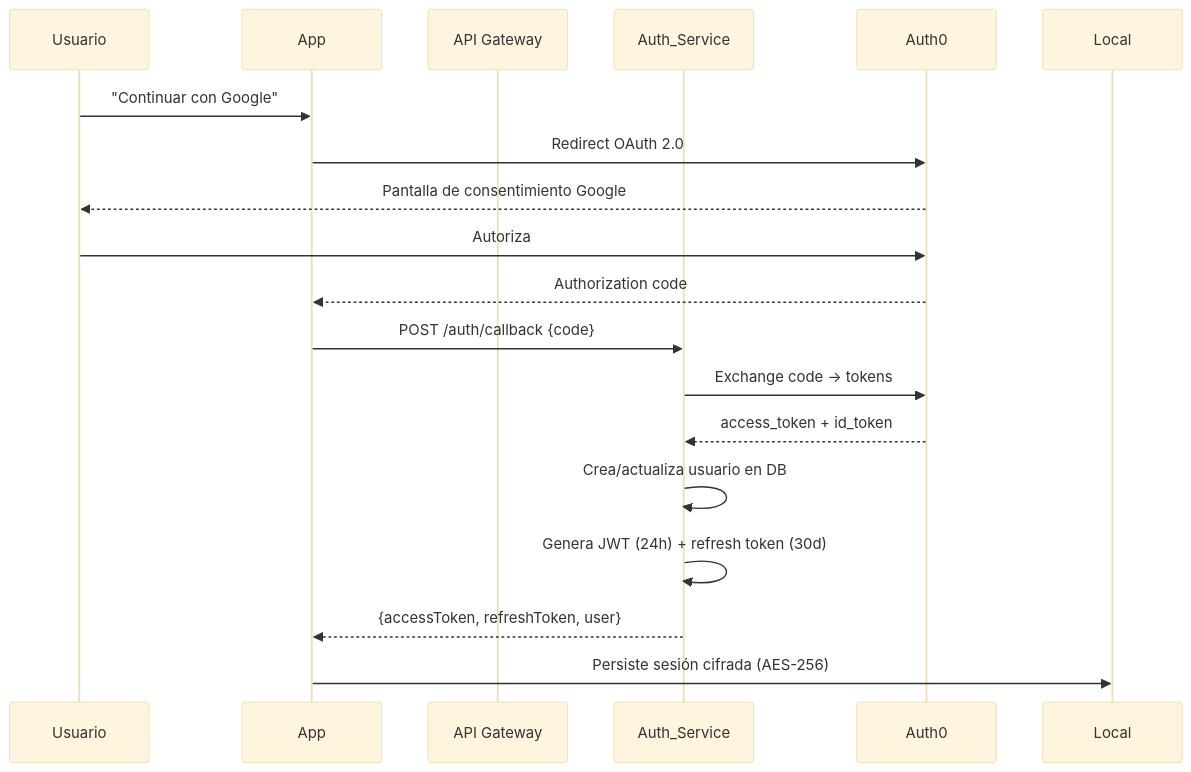
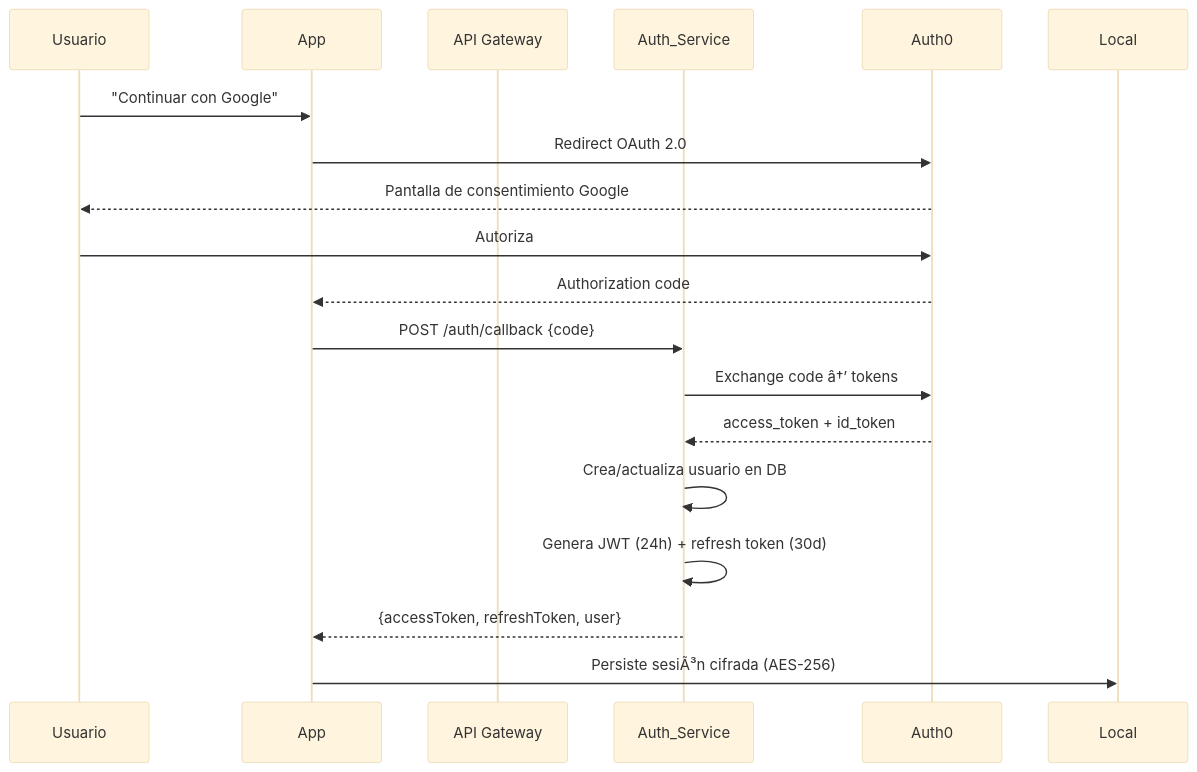
The third of 4 diagrams in .kiro/specs/gymbit-app/design.md (JaredBautist/GYM-BIT), drawn with Mermaid (base theme) before and after one commit. The commit also changed other lines of this file and 23 other files, not shown here.

````diff
--- a/.kiro/specs/gymbit-app/design.md
+++ b/.kiro/specs/gymbit-app/design.md
@@ -157,21 +157,21 @@
 ```mermaid
 sequenceDiagram
     participant U as Usuario
     participant App as App
     participant GW as API Gateway
     participant Auth as Auth_Service
     participant Auth0 as Auth0
 
     U->>App: "Continuar con Google"
     App->>Auth0: Redirect OAuth 2.0
     Auth0-->>U: Pantalla de consentimiento Google
     U->>Auth0: Autoriza
     Auth0-->>App: Authorization code
     App->>Auth: POST /auth/callback {code}
-    Auth->>Auth0: Exchange code → tokens
+    Auth->>Auth0: Exchange code â†’ tokens
     Auth0-->>Auth: access_token + id_token
     Auth->>Auth: Crea/actualiza usuario en DB
     Auth->>Auth: Genera JWT (24h) + refresh token (30d)
     Auth-->>App: {accessToken, refreshToken, user}
-    App->>Local: Persiste sesión cifrada (AES-256)
+    App->>Local: Persiste sesiÃ³n cifrada (AES-256)
 ```
````
